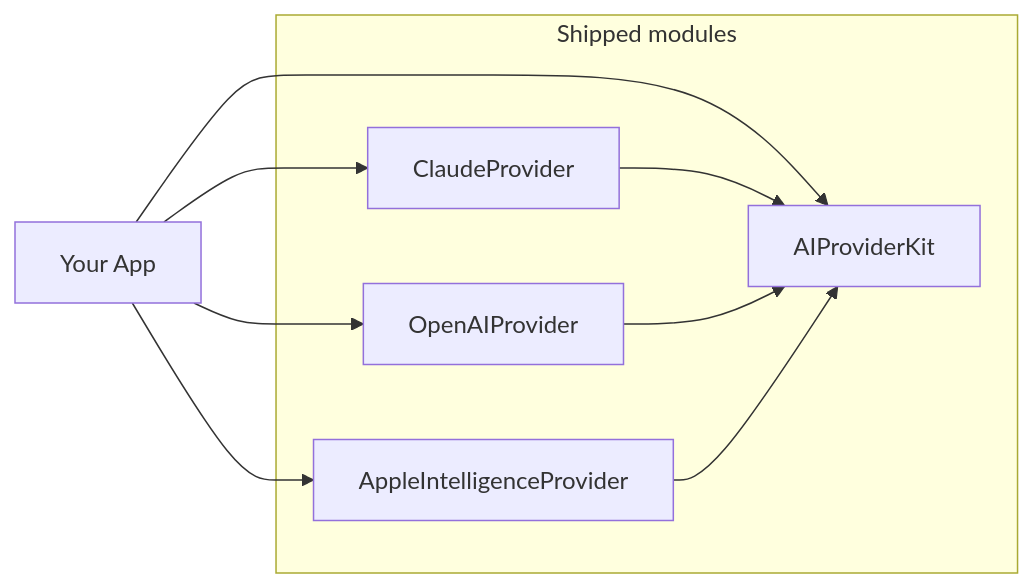
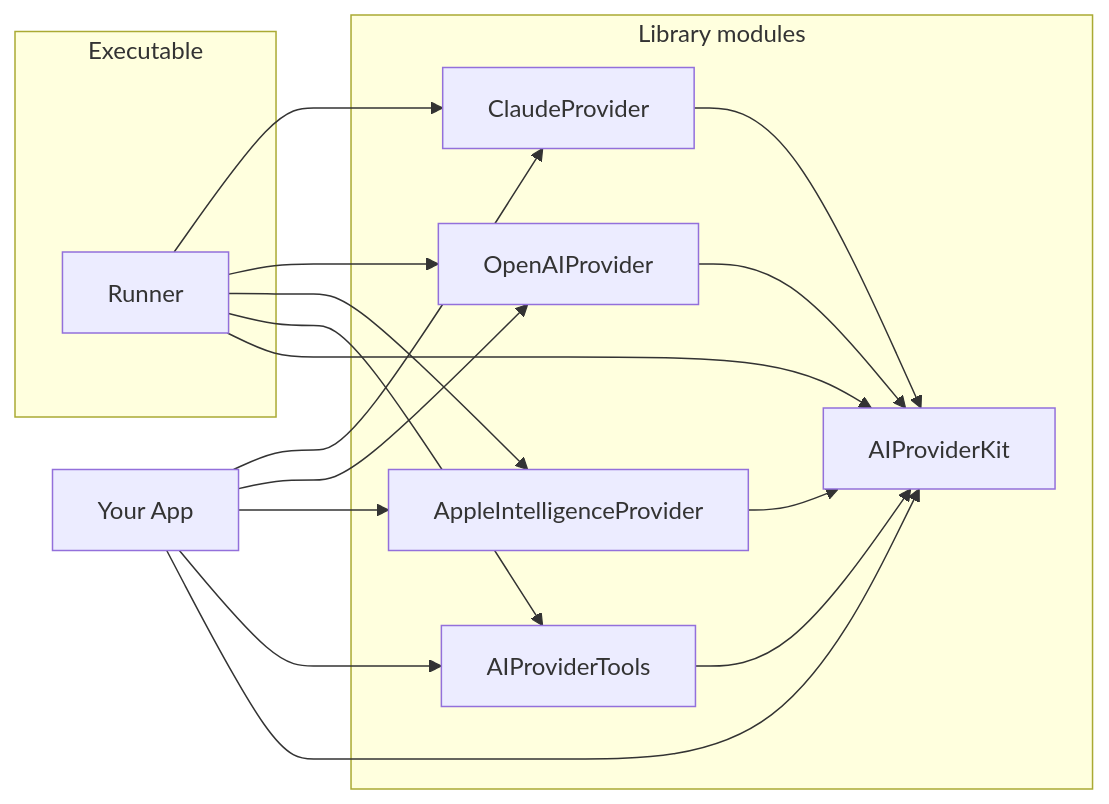
One commit to molayab/swift-ai-provider-kit changed the first of 8 diagrams in Documentation/Architecture.md. Above: the diagram before and after it, drawn with Mermaid. The commit also changed other lines of this file and 46 other files, not shown here.

First line of the commit message:
Add AIProviderTools module with unified ToolGroup interface (#11)

````diff
--- a/Documentation/Architecture.md
+++ b/Documentation/Architecture.md
@@ -35,20 +40,33 @@
 ```mermaid
 graph LR
     App["Your App"]
 
-    subgraph shipped["Shipped modules"]
+    subgraph libraries["Library modules"]
         Core["AIProviderKit"]
         Claude["ClaudeProvider"]
         OpenAI["OpenAIProvider"]
         FM["AppleIntelligenceProvider"]
+        Tools["AIProviderTools"]
+    end
+
+    subgraph executables["Executable"]
+        Runner["Runner"]
     end
 
     App --> Claude
     App --> OpenAI
     App --> FM
+    App --> Tools
     App --> Core
 
     Claude --> Core
     OpenAI --> Core
     FM --> Core
+    Tools --> Core
+
+    Runner --> Claude
+    Runner --> OpenAI
+    Runner --> FM
+    Runner --> Tools
+    Runner --> Core
 ```
````
